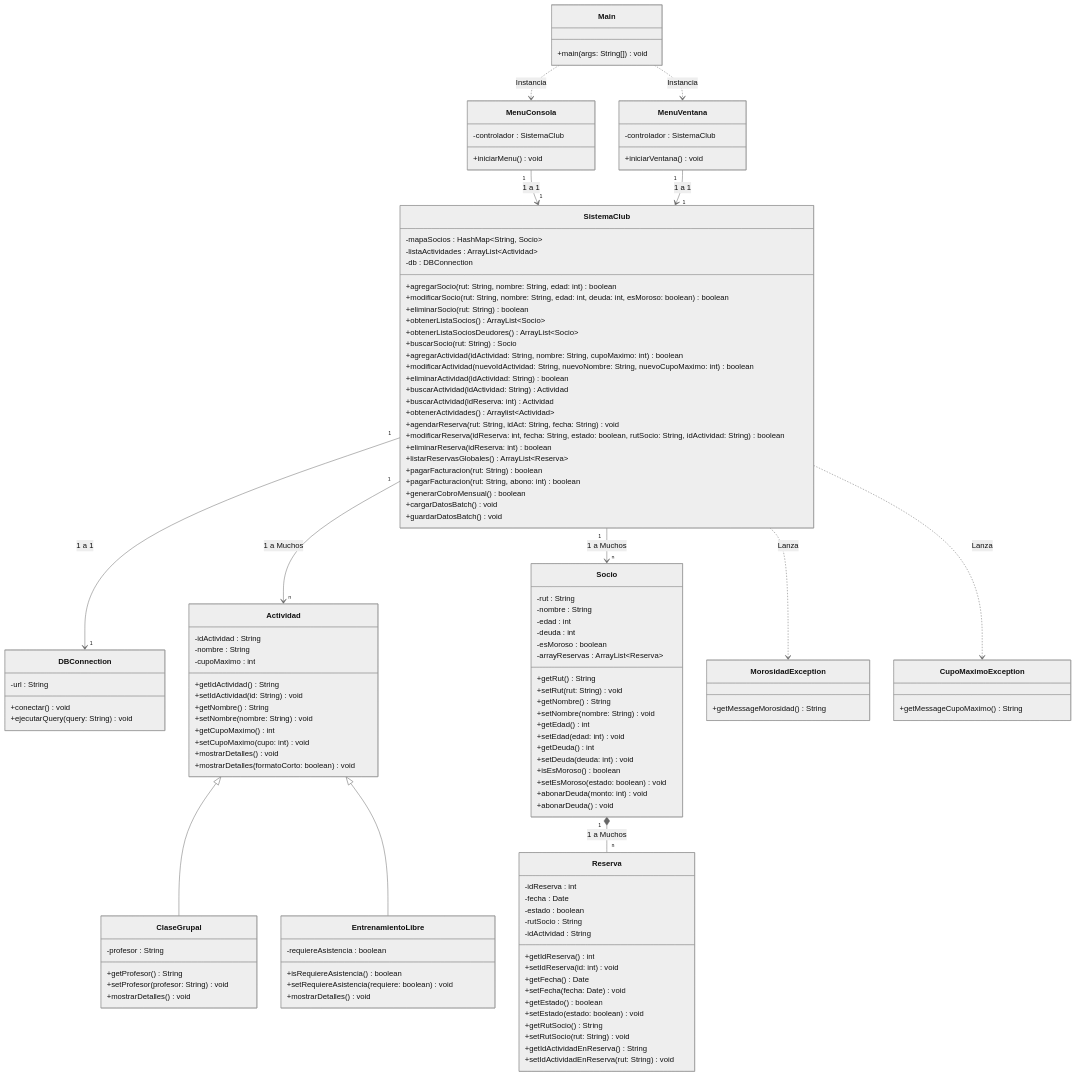
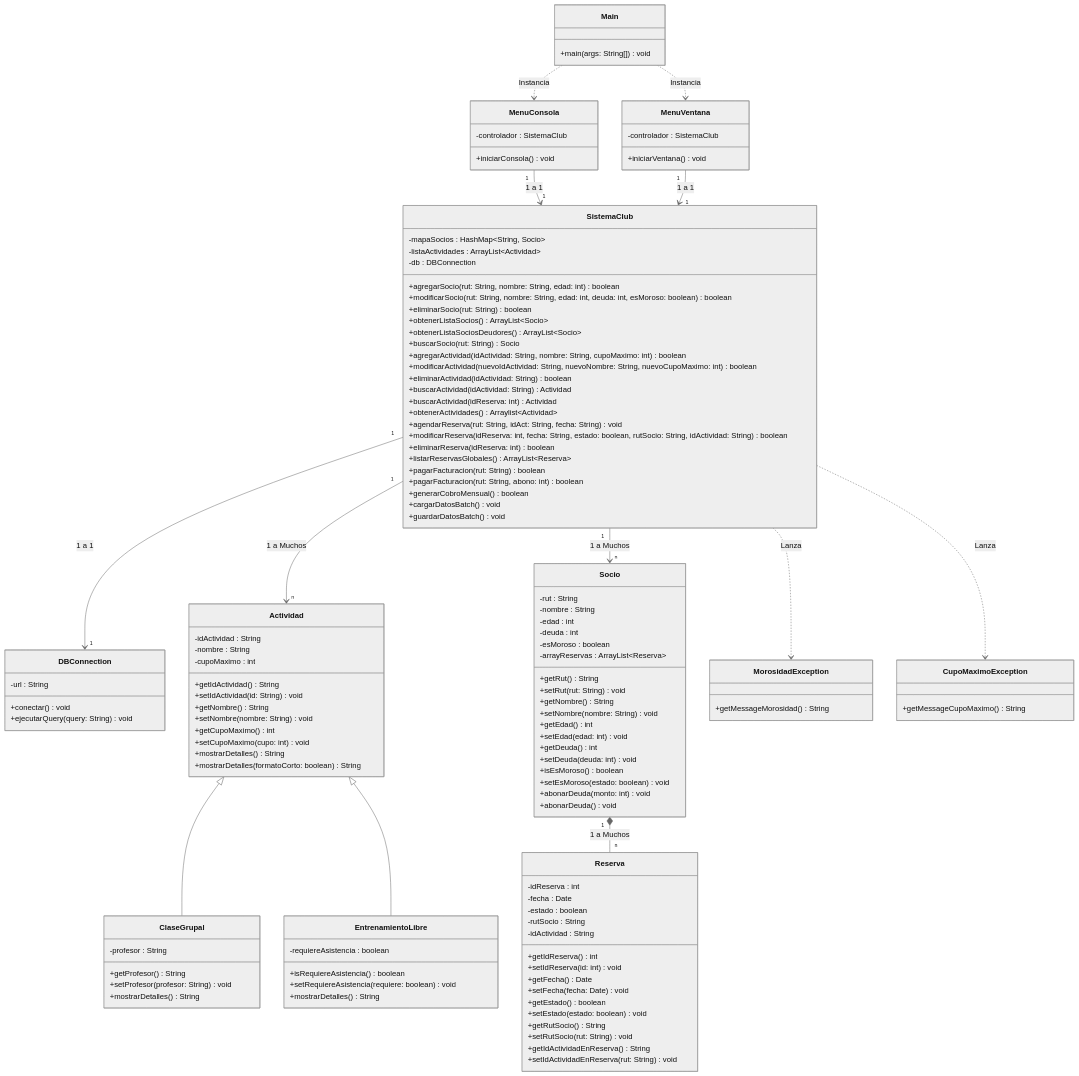
The diagram in planificacion/Diagrama de Clases UML.md (L3v1smpr/ProyectoProgramacionAvanzadaUno), drawn with Mermaid (neutral theme) before and after one commit. The commit also changed 11 other files, not shown here.

```diff
--- a/planificacion/Diagrama de Clases UML.md
+++ b/planificacion/Diagrama de Clases UML.md
@@ -9,7 +9,7 @@
     
     class MenuConsola {
         -controlador : SistemaClub
-        +iniciarMenu() void
+        +iniciarConsola() void
     }
     
     class MenuVentana {
@@ -63,22 +63,22 @@
         +setNombre(nombre: String) void
         +getCupoMaximo() int
         +setCupoMaximo(cupo: int) void
-        +mostrarDetalles() void
-        +mostrarDetalles(formatoCorto: boolean) void
+        +mostrarDetalles() String
+        +mostrarDetalles(formatoCorto: boolean) String
     }
     
     class ClaseGrupal {
         -profesor : String
         +getProfesor() String
         +setProfesor(profesor: String) void
-        +mostrarDetalles() void
+        +mostrarDetalles() String
     }
     
     class EntrenamientoLibre {
         -requiereAsistencia : boolean
         +isRequiereAsistencia() boolean
         +setRequiereAsistencia(requiere: boolean) void
-        +mostrarDetalles() void
+        +mostrarDetalles() String
     }
     
     class Socio {
```
